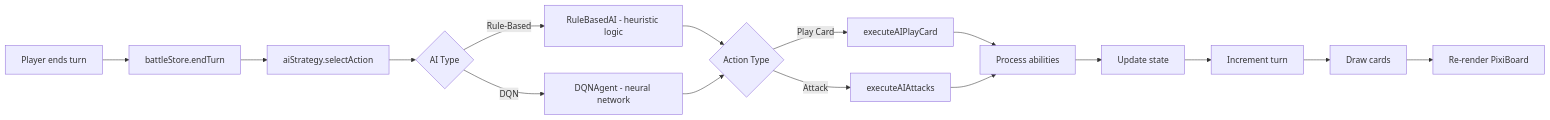
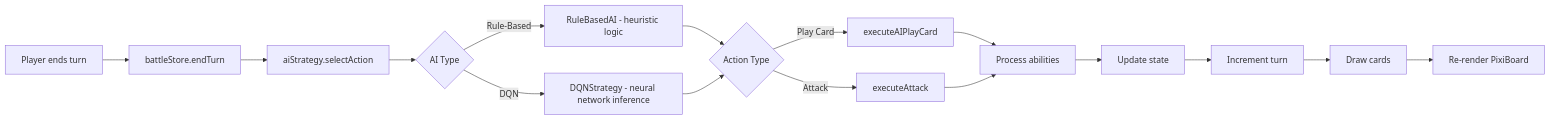
One commit to StephenJamesDunne/final-year-project changed the third of 5 diagrams in README.md. Above: the diagram before and after it, drawn with Mermaid. The commit also changed other lines of this file, not shown here.

Commit message:
updated readme to reflect most up to date architecture of the project, training script instructions, expplanations for training and rendering architecture.

````diff
--- a/README.md
+++ b/README.md
@@ -165,18 +186,18 @@
 ```mermaid
 graph LR
     A[Player ends turn] --> B[battleStore.endTurn]
     B --> C[aiStrategy.selectAction]
     C --> D{AI Type}
     D -->|Rule-Based| E[RuleBasedAI - heuristic logic]
-    D -->|DQN| F[DQNAgent - neural network]
+    D -->|DQN| F[DQNStrategy - neural network inference]
     E --> G{Action Type}
     F --> G
     G -->|Play Card| H[executeAIPlayCard]
-    G -->|Attack| I[executeAIAttacks]
+    G -->|Attack| I[executeAttack]
     H --> J[Process abilities]
     I --> J
     J --> K[Update state]
     K --> L[Increment turn]
     L --> M[Draw cards]
     M --> N[Re-render PixiBoard]
 ```
````
